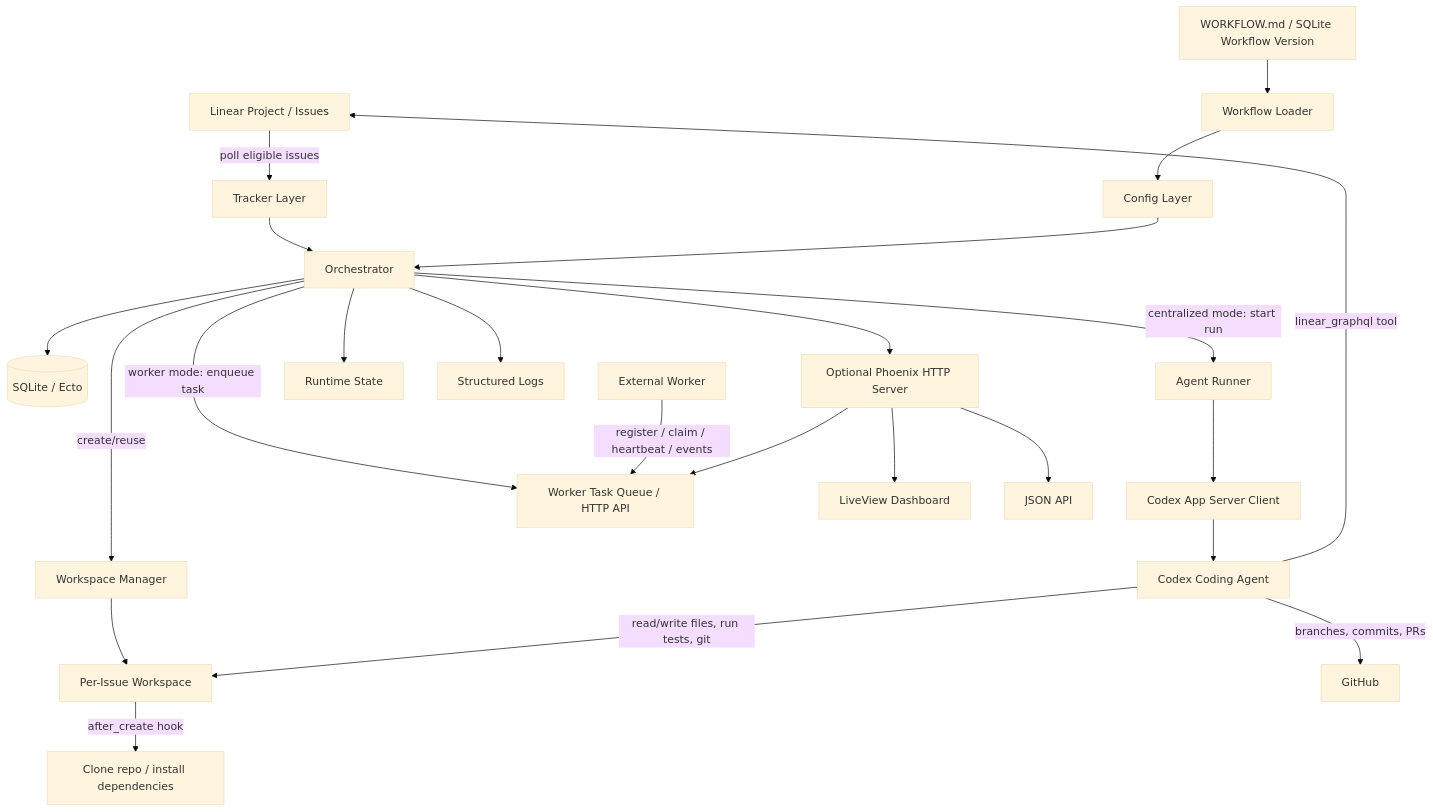
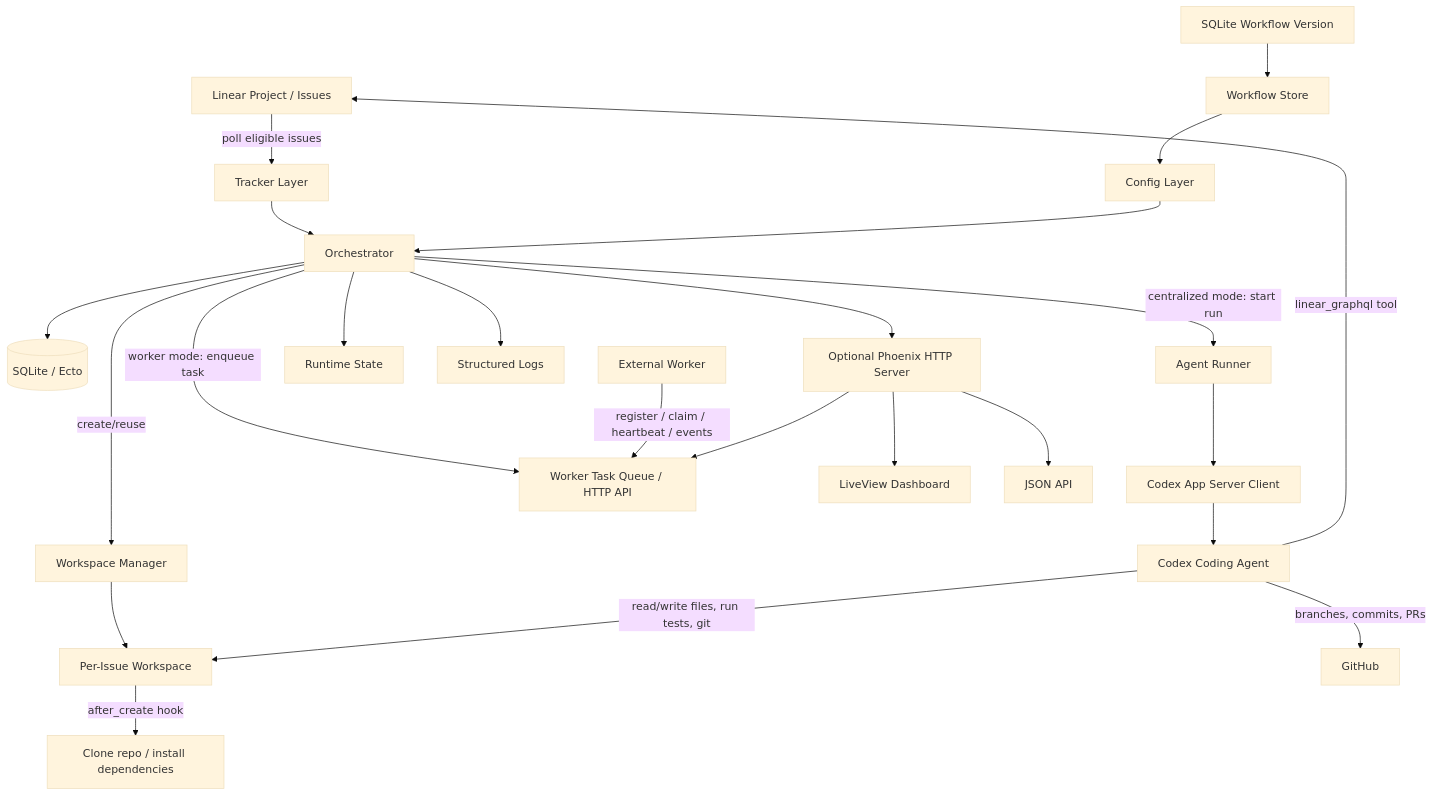
Before and after one commit to VikingMew/symphony: the first of 2 diagrams in ARCHITECTURE.md, drawn with Mermaid (base theme). The commit also changed other lines of this file and 10 other files, not shown here.

````diff
--- a/ARCHITECTURE.md
+++ b/ARCHITECTURE.md
@@ -42,31 +41,31 @@
 ```mermaid
 flowchart TD
     linear[Linear Project / Issues] -->|poll eligible issues| tracker[Tracker Layer]
     tracker --> orchestrator[Orchestrator]
 
-    workflow[WORKFLOW.md / SQLite Workflow Version] --> loader[Workflow Loader]
+    workflow[SQLite Workflow Version] --> loader[Workflow Store]
     loader --> config[Config Layer]
     config --> orchestrator
     orchestrator --> sqlite[(SQLite / Ecto)]
 
     orchestrator -->|create/reuse| workspace[Workspace Manager]
     workspace --> issuews[Per-Issue Workspace]
     issuews -->|after_create hook| bootstrap[Clone repo / install dependencies]
 
     orchestrator -->|centralized mode: start run| runner[Agent Runner]
     runner --> appserver[Codex App Server Client]
     appserver --> codex[Codex Coding Agent]
     orchestrator -->|worker mode: enqueue task| workerapi[Worker Task Queue / HTTP API]
     extworker[External Worker] -->|register / claim / heartbeat / events| workerapi
 
     codex -->|read/write files, run tests, git| issuews
     codex -->|linear_graphql tool| linear
     codex -->|branches, commits, PRs| github[GitHub]
 
     orchestrator --> state[Runtime State]
     orchestrator --> logs[Structured Logs]
     orchestrator --> http[Optional Phoenix HTTP Server]
     http --> dashboard[LiveView Dashboard]
     http --> api[JSON API]
     http --> workerapi
 ```
````
